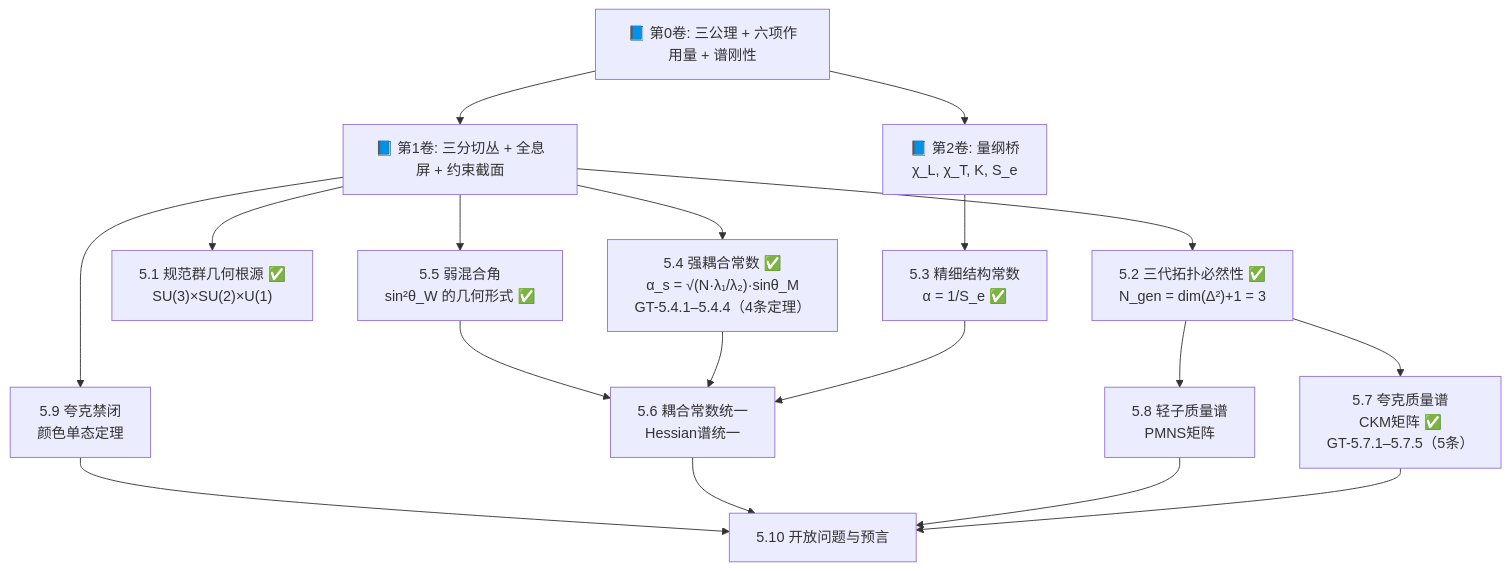
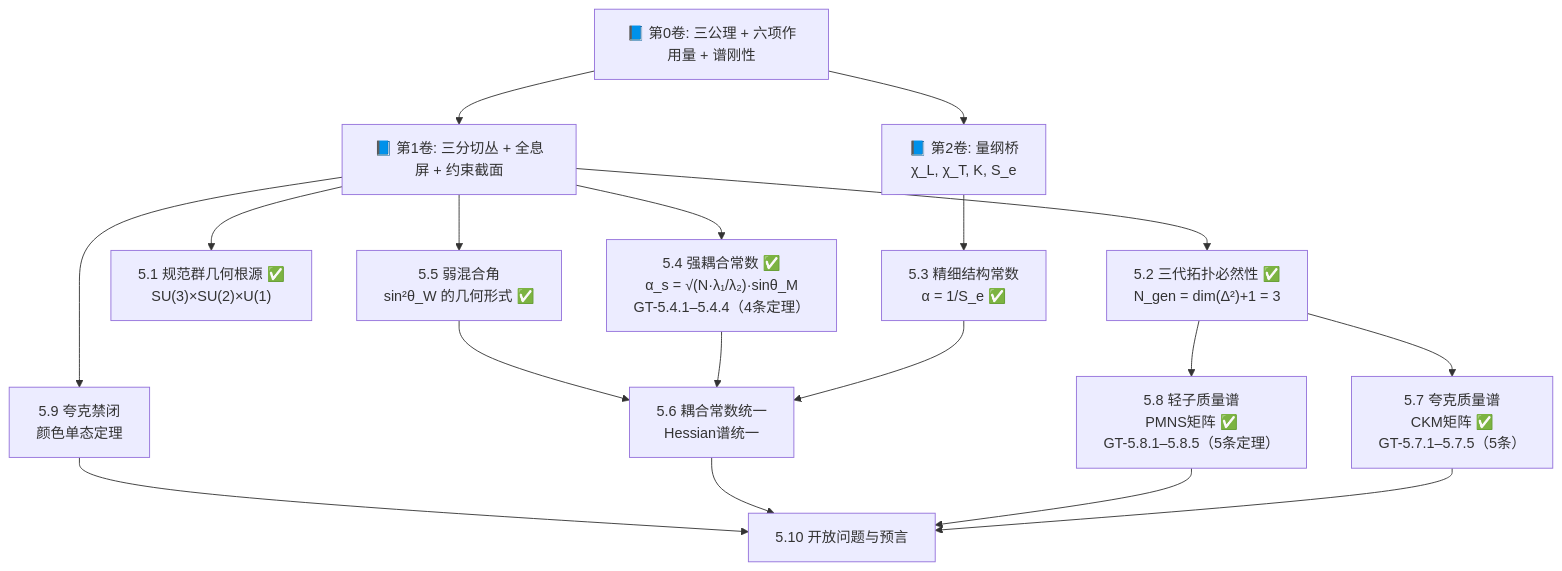
One commit to sdoygb/geometry-ai-server changed the diagram in app/articles/GT-Vault/Vol-5_标准模型重建/MOC.md. Above: the diagram before and after it, drawn with Mermaid. The commit also changed other lines of this file, not shown here.

Commit message:
AI修改: GT-Vault/Vol-5_标准模型重建/MOC.md (76行)

````diff
--- a/app/articles/GT-Vault/Vol-5_标准模型重建/MOC.md
+++ b/app/articles/GT-Vault/Vol-5_标准模型重建/MOC.md
@@ -34,15 +34,15 @@
 ```mermaid
 flowchart TD
     V0["📘 第0卷: 三公理 + 六项作用量 + 谱刚性"] --> V2["📘 第2卷: 量纲桥\nχ_L, χ_T, K, S_e"]
     V0 --> V1["📘 第1卷: 三分切丛 + 全息屏 + 约束截面"]
     V2 --> V5_3["5.3 精细结构常数\nα = 1/S_e ✅"]
     V1 --> V5_1["5.1 规范群几何根源 ✅\nSU(3)×SU(2)×U(1)"]
     V1 --> V5_2["5.2 三代拓扑必然性 ✅\nN_gen = dim(Δ²)+1 = 3"]
     V5_2 --> V5_7["5.7 夸克质量谱\nCKM矩阵 ✅\nGT-5.7.1–5.7.5（5条）"]
-    V5_2 --> V5_8["5.8 轻子质量谱\nPMNS矩阵"]
+    V5_2 --> V5_8["5.8 轻子质量谱\nPMNS矩阵 ✅\nGT-5.8.1–5.8.5（5条定理）"]
     V1 --> V5_4["5.4 强耦合常数 ✅\nα_s = √(N·λ₁/λ₂)·sinθ_M\nGT-5.4.1–5.4.4（4条定理）"]
     V1 --> V5_5["5.5 弱混合角\nsin²θ_W 的几何形式 ✅"]
     V5_3 & V5_4 & V5_5 --> V5_6["5.6 耦合常数统一\nHessian谱统一"]
     V1 --> V5_9["5.9 夸克禁闭\n颜色单态定理"]
     V5_7 & V5_8 & V5_6 & V5_9 --> V5_10["5.10 开放问题与预言"]
 ```
````
